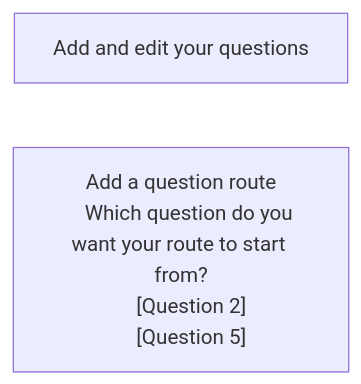
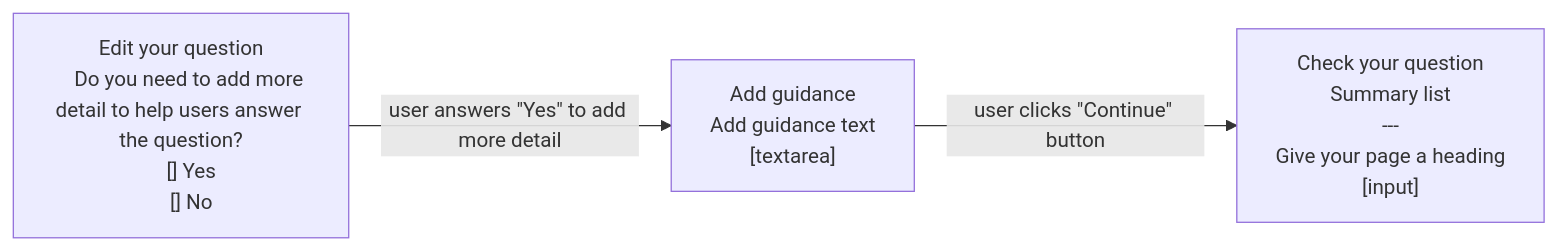
One commit to alphagov/forms changed the second of 2 diagrams in design/features/detailed-guidance/version-1.md. Above: the diagram before and after it, drawn with Mermaid. The commit also changed other lines of this file, not shown here.

````diff
--- a/design/features/detailed-guidance/version-1.md
+++ b/design/features/detailed-guidance/version-1.md
@@ -122,13 +211,26 @@
 ```mermaid
     
 flowchart LR;
 
-    step1["Add and edit your questions"]
-    
-    step2["Add a question route
-    Which question do you want your route to start from?
-    [Question 2]
-    [Question 5]
+    step1["Edit your question
+    Do you need to add more detail to help users answer the question?
+    [] Yes
+    [] No
     "]
     
+    step2["Add guidance
+    Add guidance text
+    [textarea]
+    "]
+    
+    step3["Check your question
+    Summary list
+    ---
+    Give your page a heading
+    [input]
+    "]
+
+    step1-->|"user answers #quot;Yes#quot; to add more detail"|step2;
+    step2-->|"user clicks #quot;Continue#quot; button"|step3;
+    
 ```
````
